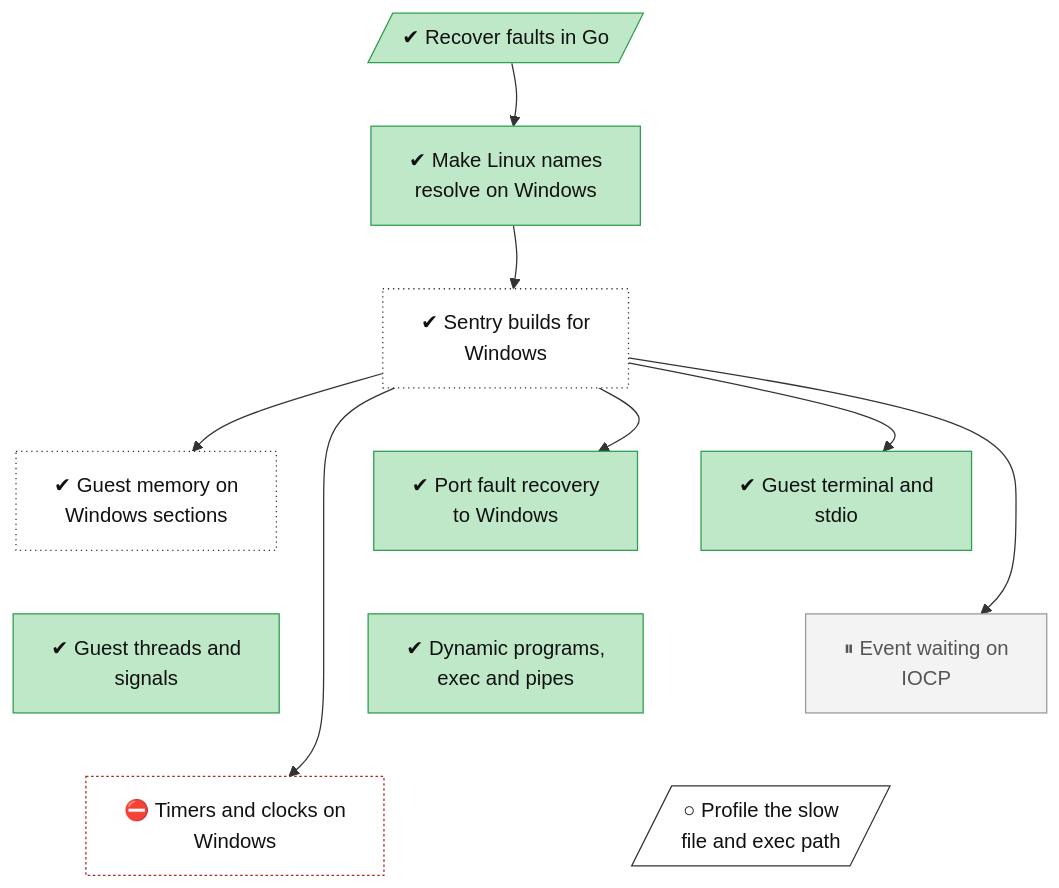
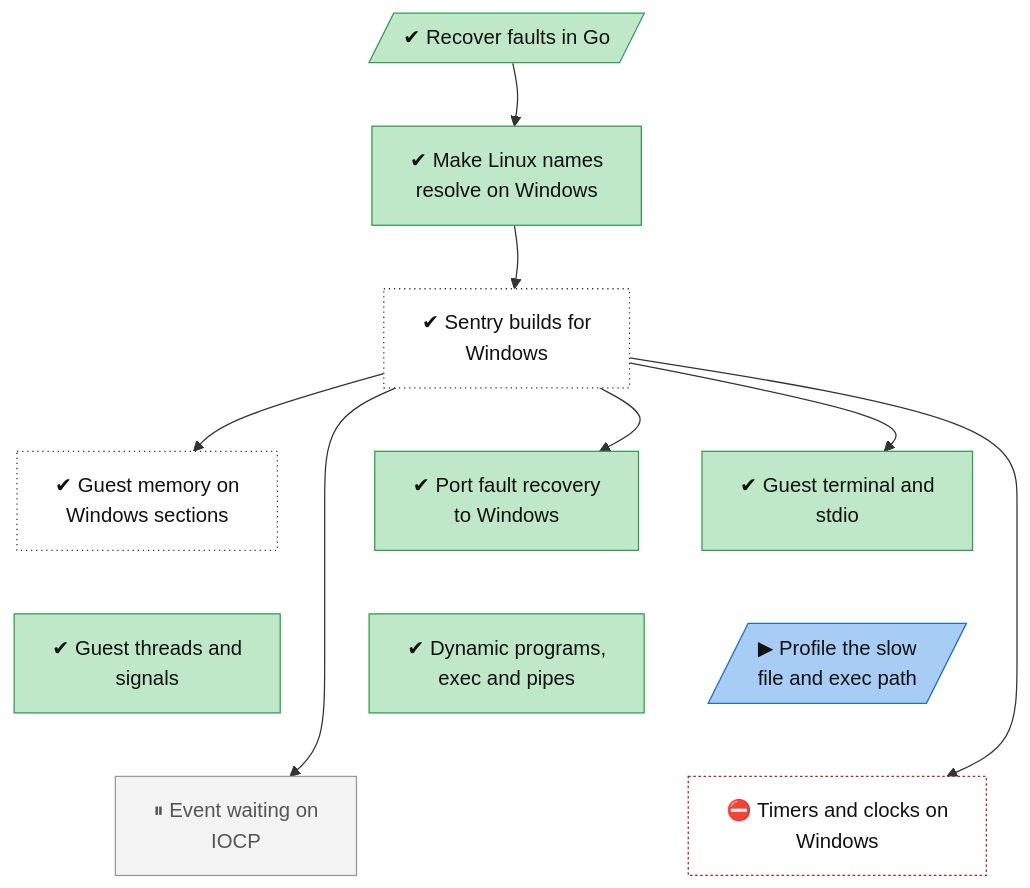
Before and after one commit to lhns/gvisor-windows: the diagram in docs/roadmap/tracks/sentry.md, drawn with Mermaid. The commit also changed other lines of this file and 5 other files, not shown here.

````diff
--- a/docs/roadmap/tracks/sentry.md
+++ b/docs/roadmap/tracks/sentry.md
@@ -10,51 +10,51 @@
 ```mermaid
 flowchart TB
     sentry_go_fault_recovery[/"✔ Recover faults in Go"/]
     sentry_unix_shim["✔ Make Linux names<br/>resolve on Windows"]
     sentry_windows_build["✔ Sentry builds for<br/>Windows"]
     sentry_memory_file_sections["✔ Guest memory on<br/>Windows sections"]
     sentry_fault_recovery["✔ Port fault recovery<br/>to Windows"]
     sentry_host_stdio_and_tty["✔ Guest terminal and<br/>stdio"]
     sentry_threads_and_signals["✔ Guest threads and<br/>signals"]
     sentry_dynamic_elf_and_exec["✔ Dynamic programs,<br/>exec and pipes"]
+    sentry_profile_small_file_path[/"▶ Profile the slow<br/>file and exec path"/]
     sentry_event_loop_iocp["⏸ Event waiting on<br/>IOCP"]
     sentry_timers_and_clocks["⛔ Timers and clocks on<br/>Windows"]
-    sentry_profile_small_file_path[/"○ Profile the slow<br/>file and exec path"/]
     sentry_go_fault_recovery ~~~ sentry_unix_shim
     sentry_unix_shim ~~~ sentry_windows_build
     sentry_windows_build ~~~ sentry_memory_file_sections
     sentry_windows_build ~~~ sentry_fault_recovery
     sentry_windows_build ~~~ sentry_host_stdio_and_tty
     sentry_memory_file_sections ~~~ sentry_threads_and_signals
     sentry_fault_recovery ~~~ sentry_dynamic_elf_and_exec
-    sentry_host_stdio_and_tty ~~~ sentry_event_loop_iocp
-    sentry_threads_and_signals ~~~ sentry_timers_and_clocks
-    sentry_dynamic_elf_and_exec ~~~ sentry_profile_small_file_path
-    sentry_event_loop_iocp ~~~ sentry_profile_small_file_path
+    sentry_host_stdio_and_tty ~~~ sentry_profile_small_file_path
+    sentry_threads_and_signals ~~~ sentry_event_loop_iocp
+    sentry_dynamic_elf_and_exec ~~~ sentry_timers_and_clocks
+    sentry_profile_small_file_path ~~~ sentry_timers_and_clocks
     sentry_go_fault_recovery --> sentry_unix_shim
     sentry_unix_shim --> sentry_windows_build
     sentry_windows_build --> sentry_memory_file_sections
     sentry_windows_build --> sentry_fault_recovery
     sentry_windows_build --> sentry_host_stdio_and_tty
     sentry_windows_build --> sentry_event_loop_iocp
     sentry_windows_build --> sentry_timers_and_clocks
     classDef vsucc fill:#2e9e4f,stroke:#1b6b34,color:#fff
     classDef succ fill:#bfe8c8,stroke:#2e9e4f,color:#111
     classDef mixed fill:#ffd37a,stroke:#c98a00,color:#111
     classDef bad fill:#f28b82,stroke:#b3261e,color:#111
     classDef dead fill:#e6e6e6,stroke:#777,stroke-dasharray:5 5,color:#555
     classDef inprog fill:#a8cdf5,stroke:#1f6fc5,color:#111
     classDef next fill:#fff,stroke:#333,color:#111
     classDef blocked fill:#fff,stroke:#b3261e,stroke-dasharray:2 2,color:#111
     classDef parked fill:#f3f3f3,stroke:#999,color:#555
     classDef unrated fill:#fff,stroke:#333,stroke-dasharray:1 3,color:#111
     classDef gate fill:#d9c2f0,stroke:#7b3fb5,color:#111
     classDef decided fill:#ece0f7,stroke:#7b3fb5,stroke-dasharray:2 2,color:#111
     classDef finding fill:#ffe0b2,stroke:#d84315,stroke-width:2px,color:#111
     classDef waiting fill:#e3f2fd,stroke:#1f6fc5,stroke-dasharray:5 5,color:#111
     class sentry_go_fault_recovery,sentry_unix_shim,sentry_fault_recovery,sentry_host_stdio_and_tty,sentry_threads_and_signals,sentry_dynamic_elf_and_exec succ
     class sentry_windows_build,sentry_memory_file_sections unrated
+    class sentry_profile_small_file_path inprog
     class sentry_event_loop_iocp parked
     class sentry_timers_and_clocks blocked
-    class sentry_profile_small_file_path next
 ```
````
